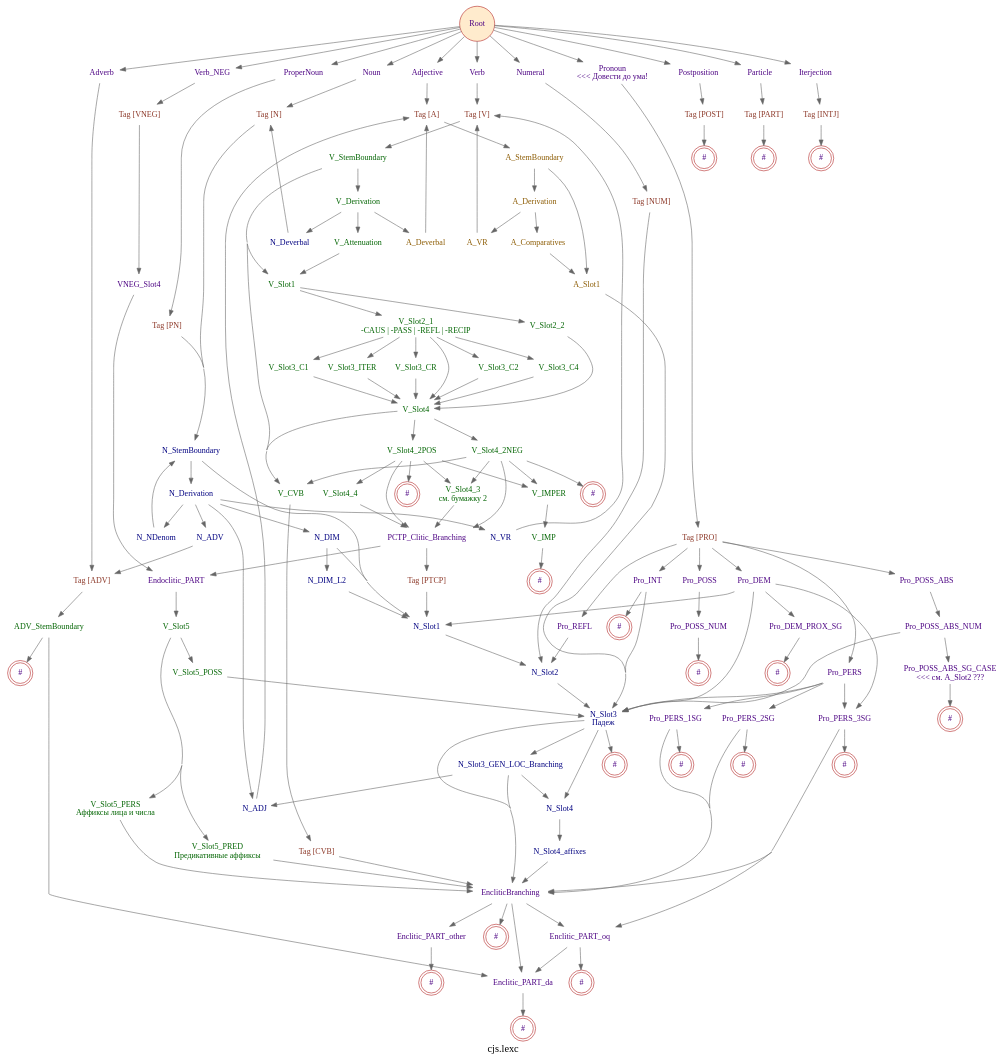
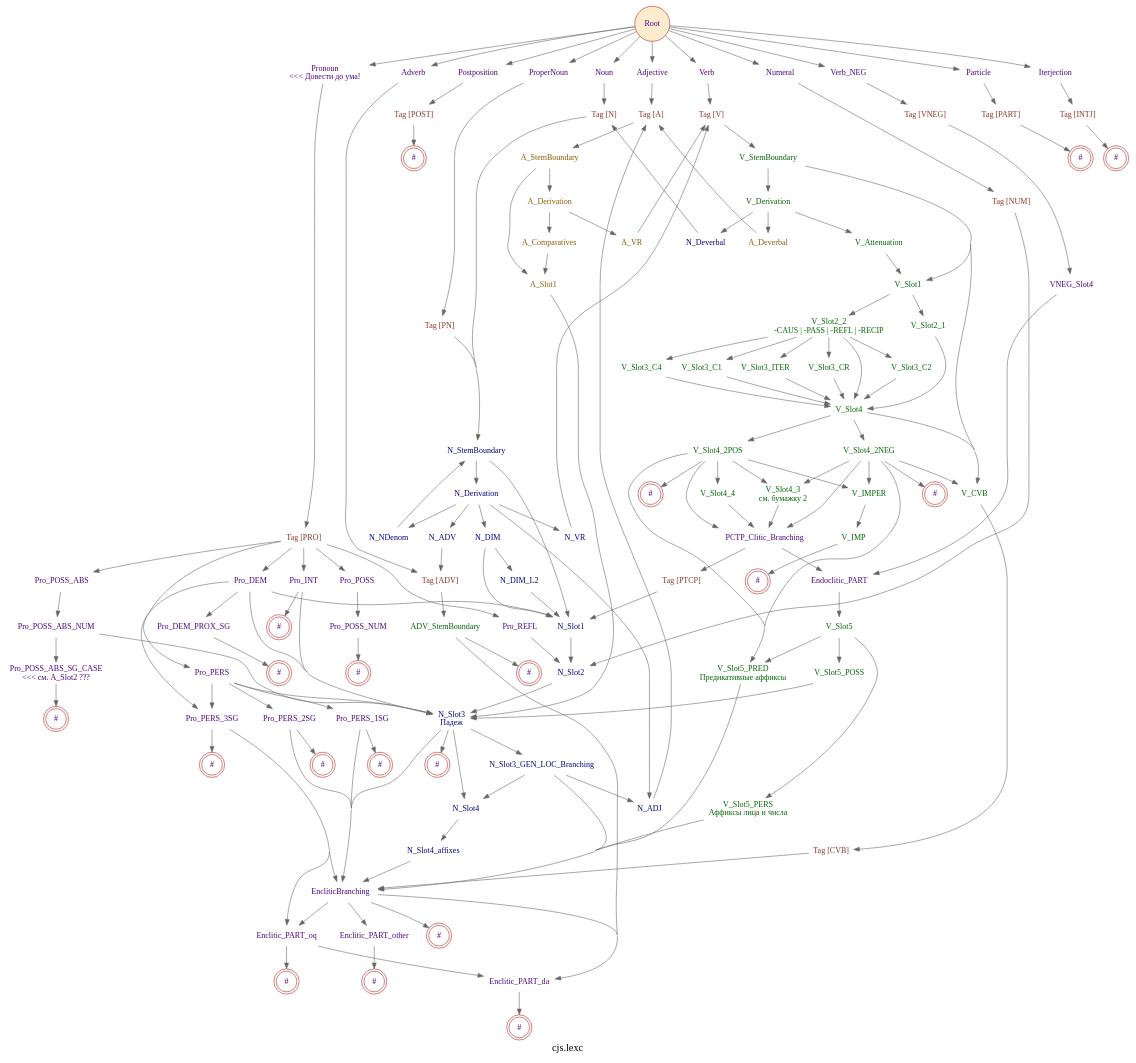
One commit to kyrill-shakhovtsov/cjs-morphology-fst changed the diagram in cjs.lexc.gv. Above: the diagram before and after it, drawn with Graphviz. The commit also changed 22 other files, not shown here.

```diff
--- a/cjs.lexc.gv
+++ b/cjs.lexc.gv
@@ -127,12 +127,12 @@
 	A_Deverbal	 [fontcolor=orange4,
 		label=A_Deverbal];
 	V_Derivation -> A_Deverbal;
+	V_Slot2_1	 [fontcolor=darkgreen,
+		label=V_Slot2_1];
+	V_Slot1 -> V_Slot2_1;
 	V_Slot2_2	 [fontcolor=darkgreen,
-		label=V_Slot2_2];
+		label="V_Slot2_2\n-CAUS | -PASS | -REFL | -RECIP"];
 	V_Slot1 -> V_Slot2_2;
-	V_Slot2_1	 [fontcolor=darkgreen,
-		label="V_Slot2_1\n-CAUS | -PASS | -REFL | -RECIP"];
-	V_Slot1 -> V_Slot2_1;
 	Tag_CVB	 [fontcolor=tomato4,
 		label="Tag [CVB]"];
 	V_CVB -> Tag_CVB;
@@ -141,27 +141,23 @@
 	A_Deverbal -> Tag_A;
 	V_Slot4	 [fontcolor=darkgreen,
 		label=V_Slot4];
+	V_Slot2_1 -> V_Slot4;
 	V_Slot2_2 -> V_Slot4;
 	V_Slot3_C2	 [fontcolor=darkgreen,
 		label=V_Slot3_C2];
-	V_Slot2_1 -> V_Slot3_C2;
+	V_Slot2_2 -> V_Slot3_C2;
 	V_Slot3_C4	 [fontcolor=darkgreen,
 		label=V_Slot3_C4];
-	V_Slot2_1 -> V_Slot3_C4;
+	V_Slot2_2 -> V_Slot3_C4;
 	V_Slot3_C1	 [fontcolor=darkgreen,
 		label=V_Slot3_C1];
-	V_Slot2_1 -> V_Slot3_C1;
+	V_Slot2_2 -> V_Slot3_C1;
 	V_Slot3_ITER	 [fontcolor=darkgreen,
 		label=V_Slot3_ITER];
-	V_Slot2_1 -> V_Slot3_ITER;
-	V_Slot2_1 -> V_Slot4;
+	V_Slot2_2 -> V_Slot3_ITER;
 	V_Slot3_CR	 [fontcolor=darkgreen,
 		label=V_Slot3_CR];
-	V_Slot2_1 -> V_Slot3_CR;
-	V_Slot3_C2 -> V_Slot4;
-	V_Slot3_C4 -> V_Slot4;
-	V_Slot3_C1 -> V_Slot4;
-	V_Slot3_ITER -> V_Slot4;
+	V_Slot2_2 -> V_Slot3_CR;
 	V_Slot4 -> V_CVB;
 	V_Slot4_2NEG	 [fontcolor=darkgreen,
 		label=V_Slot4_2NEG];
@@ -169,6 +165,10 @@
 	V_Slot4_2POS	 [fontcolor=darkgreen,
 		label=V_Slot4_2POS];
 	V_Slot4 -> V_Slot4_2POS;
+	V_Slot3_C2 -> V_Slot4;
+	V_Slot3_C4 -> V_Slot4;
+	V_Slot3_C1 -> V_Slot4;
+	V_Slot3_ITER -> V_Slot4;
 	V_Slot3_CR -> V_Slot4;
 	V_Slot4_2NEG -> V_CVB;
 	V_Slot4_3	 [fontcolor=darkgreen,
@@ -176,6 +176,9 @@
 	V_Slot4_2NEG -> V_Slot4_3;
 	PCTP_Clitic_Branching	 [label=PCTP_Clitic_Branching];
 	V_Slot4_2NEG -> PCTP_Clitic_Branching;
+	V_Slot5_PRED	 [fontcolor=darkgreen,
+		label="V_Slot5_PRED\nПредикативные аффиксы"];
+	V_Slot4_2NEG -> V_Slot5_PRED;
 	V_IMPER	 [fontcolor=darkgreen,
 		label=V_IMPER];
 	V_Slot4_2NEG -> V_IMPER;
@@ -188,6 +191,7 @@
 		label=V_Slot4_4];
 	V_Slot4_2POS -> V_Slot4_4;
 	V_Slot4_2POS -> PCTP_Clitic_Branching;
+	V_Slot4_2POS -> V_Slot5_PRED;
 	"V_Slot4_2POS_#"	 [color=firebrick,
 		label="#",
 		shape=doublecircle];
@@ -199,6 +203,8 @@
 	Tag_PTCP	 [fontcolor=tomato4,
 		label="Tag [PTCP]"];
 	PCTP_Clitic_Branching -> Tag_PTCP;
+	EncliticBranching	 [label=EncliticBranching];
+	V_Slot5_PRED -> EncliticBranching;
 	V_IMP	 [fontcolor=darkgreen,
 		label=V_IMP];
 	V_IMPER -> V_IMP;
@@ -212,18 +218,14 @@
 	N_Slot1	 [fontcolor=navy,
 		label=N_Slot1];
 	Tag_PTCP -> N_Slot1;
+	V_Slot5 -> V_Slot5_PRED;
 	V_Slot5_PERS	 [fontcolor=darkgreen,
 		label="V_Slot5_PERS\nАффиксы лица и числа"];
 	V_Slot5 -> V_Slot5_PERS;
-	V_Slot5_PRED	 [fontcolor=darkgreen,
-		label="V_Slot5_PRED\nПредикативные аффиксы"];
-	V_Slot5 -> V_Slot5_PRED;
 	V_Slot5_POSS	 [fontcolor=darkgreen,
 		label=V_Slot5_POSS];
 	V_Slot5 -> V_Slot5_POSS;
-	EncliticBranching	 [label=EncliticBranching];
 	V_Slot5_PERS -> EncliticBranching;
-	V_Slot5_PRED -> EncliticBranching;
 	N_Slot3	 [fontcolor=navy,
 		label="N_Slot3\nПадеж"];
 	V_Slot5_POSS -> N_Slot3;
```
